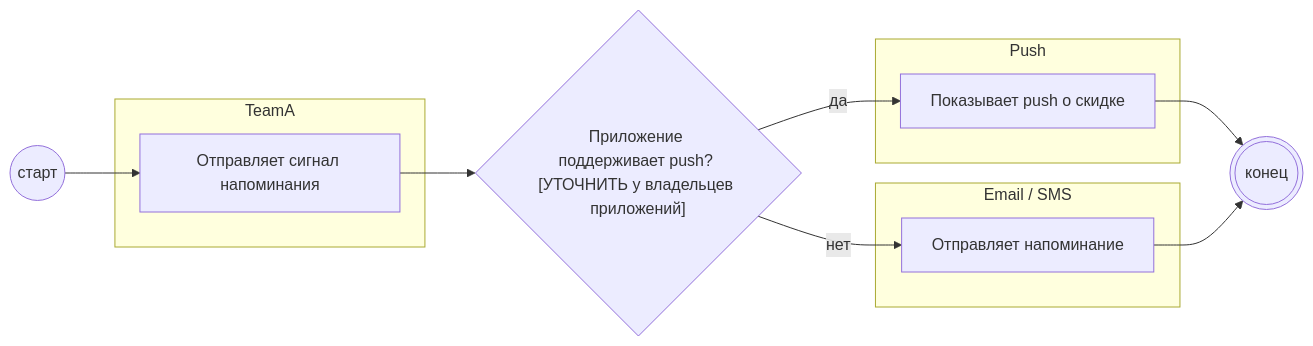
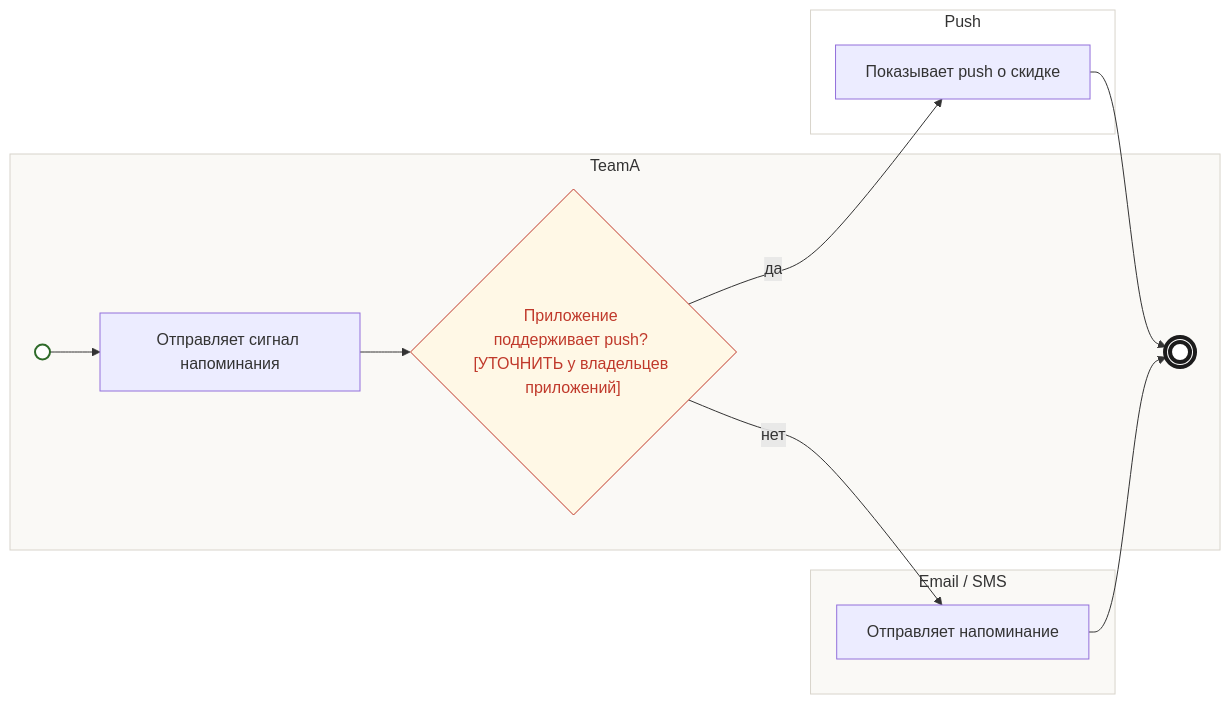
Before and after one commit to po-helper-org/poh-blueprint-writer: the diagram in skills/bft-blueprint/examples/dineclub-restart-blueprint/backlog/tasks/bp-14.1 - Email-и-SMS-push-—-если-канал-есть.md, drawn with Mermaid. The commit also changed 79 other files, not shown here.

First line of the commit message:
Карточка «Как это работает»: компактная заметка, схема mermaid, «Уточнить», источники

````diff
--- a/skills/bft-blueprint/examples/dineclub-restart-blueprint/backlog/tasks/bp-14.1 - Email-и-SMS-push-—-если-канал-есть.md
+++ b/skills/bft-blueprint/examples/dineclub-restart-blueprint/backlog/tasks/bp-14.1 - Email-и-SMS-push-—-если-канал-есть.md
@@ -40,21 +40,32 @@
 ```mermaid
 flowchart LR
-  S(("старт"))
   subgraph L1["TeamA"]
+    S((" "))
     N1["Отправляет сигнал напоминания"]
+    G2{"Приложение поддерживает push? [УТОЧНИТЬ у владельцев приложений]"}
+    E(((" ")))
   end
   subgraph L2["Push"]
     N3["Показывает push о скидке"]
   end
   subgraph L3["Email / SMS"]
     N4["Отправляет напоминание"]
   end
-  G2{"Приложение поддерживает push? [УТОЧНИТЬ у владельцев приложений]"}
-  E((("конец")))
   S --> N1
   N1 --> G2
   G2 -- да --> N3
   G2 -- нет --> N4
   N3 --> E
   N4 --> E
+  classDef start fill:#fff,stroke:#2f6b2a,stroke-width:2px
+  classDef stop fill:#fff,stroke:#1c1c1c,stroke-width:4px
+  classDef gw fill:#fff8e6,stroke:#b7791f
+  classDef ask color:#c0392b,stroke:#c0392b
+  class S start
+  class E stop
+  class G2 gw
+  class G2 ask
+  style L1 fill:#faf9f6,stroke:#d8d4cb
+  style L2 fill:#ffffff,stroke:#d8d4cb
+  style L3 fill:#faf9f6,stroke:#d8d4cb
 ```
````
